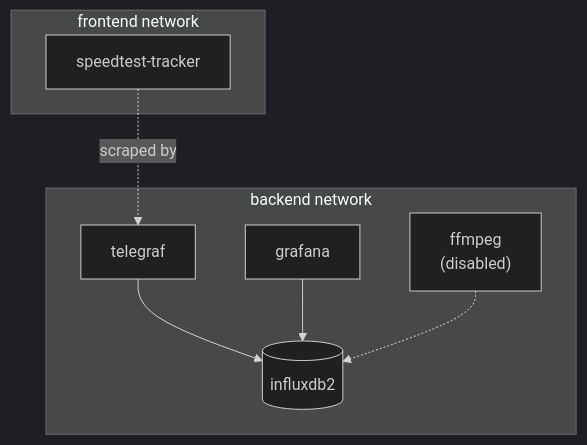
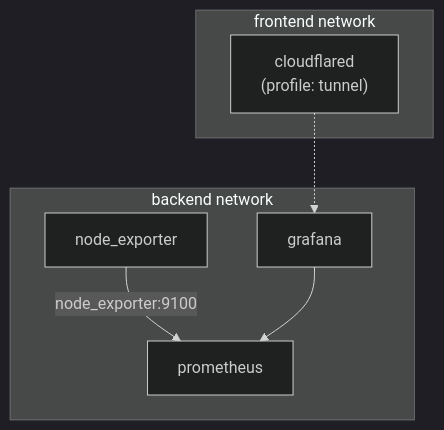
Before and after one commit to picomms/monitoring-nia-pi: the diagram in docs/developer/architecture.md, drawn with Mermaid (dark theme). The commit also changed other lines of this file and 38 other files, not shown here.

````diff
--- a/docs/developer/architecture.md
+++ b/docs/developer/architecture.md
@@ -7,18 +9,15 @@
 ```mermaid
 flowchart TB
   subgraph backend [backend network]
-    InfluxDB[(influxdb2)]
-    Telegraf[telegraf]
+    Prometheus[prometheus]
     Grafana[grafana]
-    FFmpeg["ffmpeg\n(disabled)"]
+    NE[node_exporter]
   end
   subgraph frontend [frontend network]
     Grafana
-    Speedtest[speedtest-tracker]
-    FFmpeg
+    CF["cloudflared\n(profile: tunnel)"]
   end
-  Telegraf --> InfluxDB
-  Grafana --> InfluxDB
-  Speedtest -.->|scraped by| Telegraf
-  FFmpeg -.-> InfluxDB
+  NE -->|node_exporter:9100| Prometheus
+  Grafana --> Prometheus
+  CF -.-> Grafana
 ```
````
